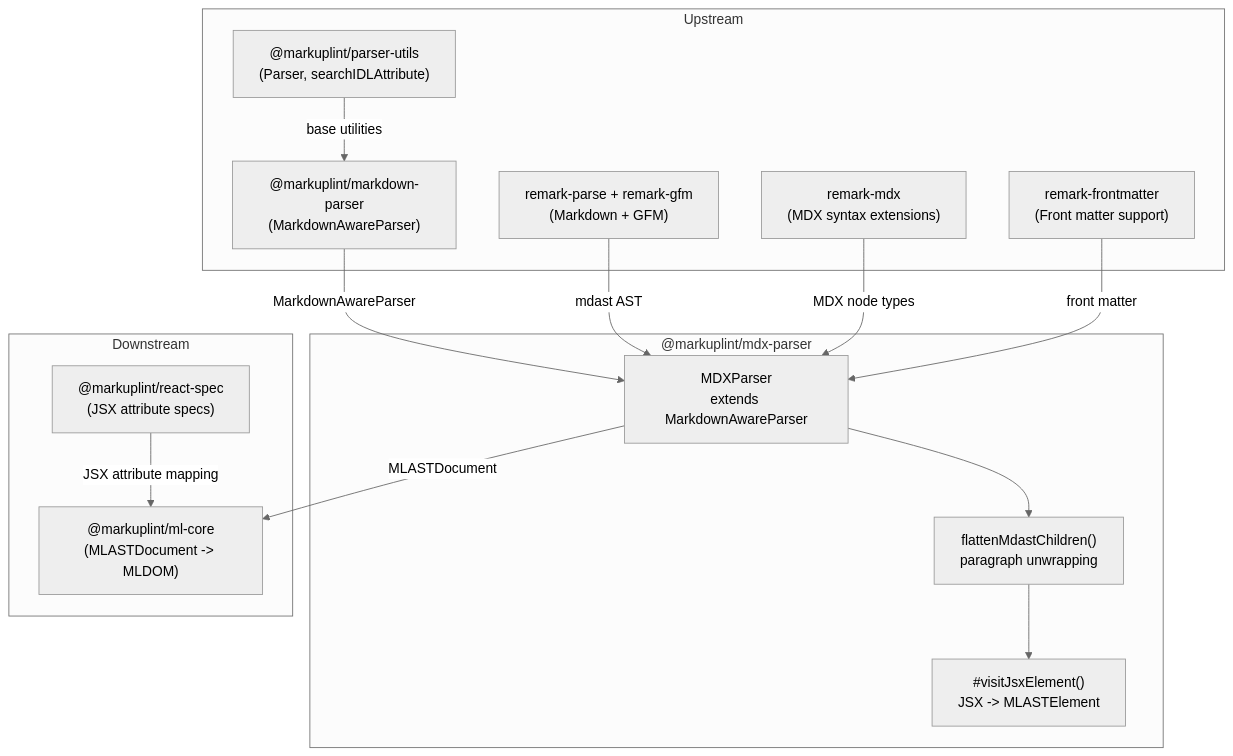
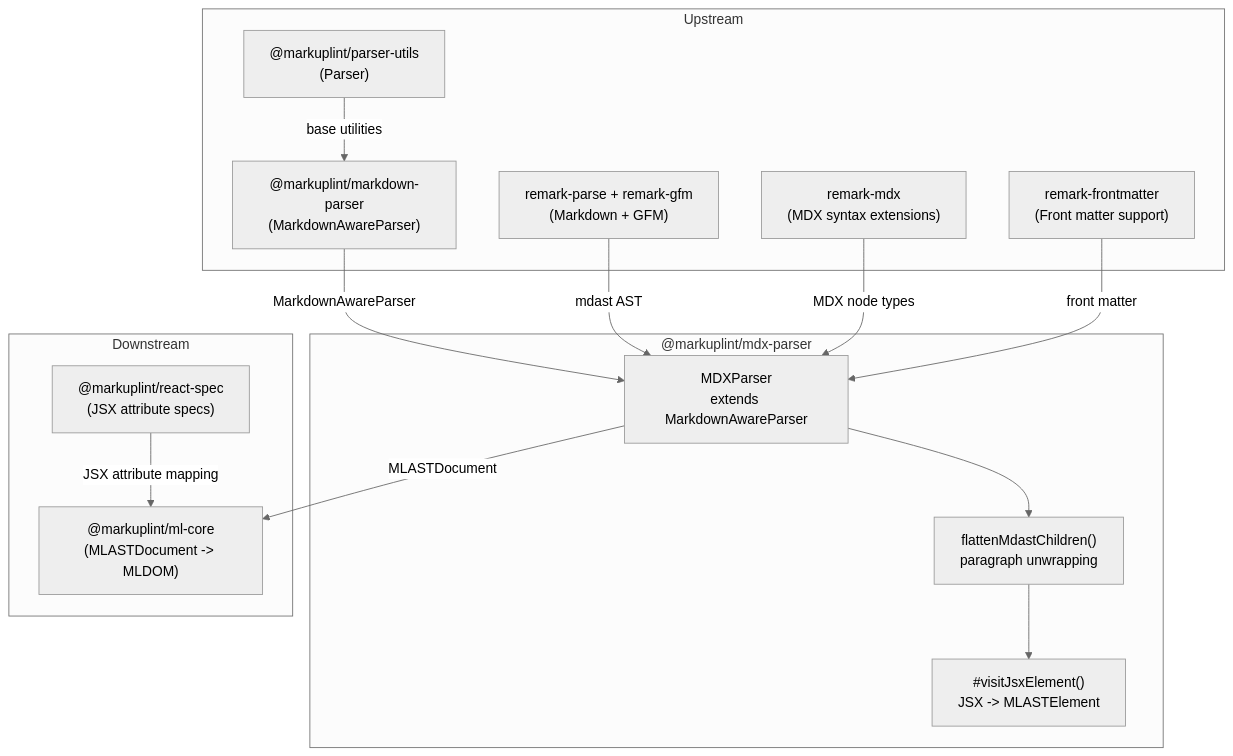
One commit to markuplint/markuplint changed the diagram in packages/@markuplint/mdx-parser/ARCHITECTURE.md. Above: the diagram before and after it, drawn with Mermaid (neutral theme). The commit also changed other lines of this file and 3 other files, not shown here.

````diff
--- a/packages/@markuplint/mdx-parser/ARCHITECTURE.md
+++ b/packages/@markuplint/mdx-parser/ARCHITECTURE.md
@@ -148,30 +148,30 @@
 ```mermaid
 flowchart TD
     subgraph upstream ["Upstream"]
-        parserUtils["@markuplint/parser-utils\n(Parser, searchIDLAttribute)"]
+        parserUtils["@markuplint/parser-utils\n(Parser)"]
         mdParser["@markuplint/markdown-parser\n(MarkdownAwareParser)"]
         remark["remark-parse + remark-gfm\n(Markdown + GFM)"]
         remarkMdx["remark-mdx\n(MDX syntax extensions)"]
         remarkFm["remark-frontmatter\n(Front matter support)"]
     end
 
     subgraph pkg ["@markuplint/mdx-parser"]
         mdxParser["MDXParser\nextends MarkdownAwareParser"]
         flatten["flattenMdastChildren()\nparagraph unwrapping"]
         jsxVisit["#visitJsxElement()\nJSX -> MLASTElement"]
     end
 
     subgraph downstream ["Downstream"]
         mlCore["@markuplint/ml-core\n(MLASTDocument -> MLDOM)"]
         reactSpec["@markuplint/react-spec\n(JSX attribute specs)"]
     end
 
     parserUtils -->|"base utilities"| mdParser
     mdParser -->|"MarkdownAwareParser"| mdxParser
     remark -->|"mdast AST"| mdxParser
     remarkMdx -->|"MDX node types"| mdxParser
     remarkFm -->|"front matter"| mdxParser
     mdxParser --> flatten --> jsxVisit
     mdxParser -->|"MLASTDocument"| mlCore
     reactSpec -->|"JSX attribute mapping"| mlCore
 ```
````
